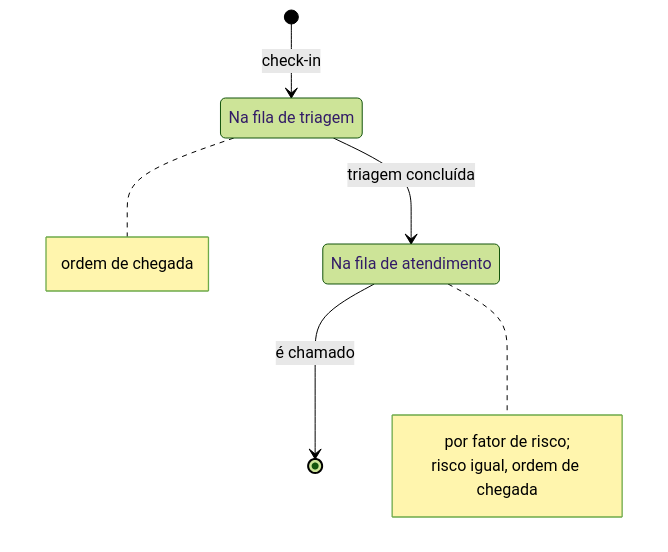
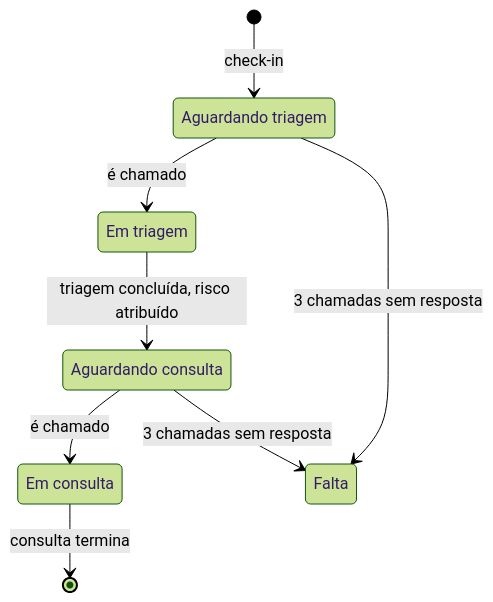
One commit to heitorcavss/pibic-saude changed the diagram in docs/modelagem/estados-do-paciente.md. Above: the diagram before and after it, drawn with Mermaid (forest theme). The commit also changed other lines of this file and 5 other files, not shown here.

````diff
--- a/docs/modelagem/estados-do-paciente.md
+++ b/docs/modelagem/estados-do-paciente.md
@@ -9,17 +10,16 @@
 ```mermaid
 stateDiagram-v2
-    state "Na fila de triagem" as triagem
-    state "Na fila de atendimento" as atendimento
+    state "Aguardando triagem" as espera_triagem
+    state "Em triagem" as triagem
+    state "Aguardando consulta" as espera_consulta
+    state "Em consulta" as consulta
+    state "Falta" as falta
 
-    [*] --> triagem: check-in
-    triagem --> atendimento: triagem concluída
-    atendimento --> [*]: é chamado
-
-    note right of triagem
-        ordem de chegada
-    end note
-    note right of atendimento
-        por fator de risco;
-        risco igual, ordem de chegada
-    end note
+    [*] --> espera_triagem: check-in
+    espera_triagem --> triagem: é chamado
+    triagem --> espera_consulta: triagem concluída, risco atribuído
+    espera_consulta --> consulta: é chamado
+    consulta --> [*]: consulta termina
+    espera_triagem --> falta: 3 chamadas sem resposta
+    espera_consulta --> falta: 3 chamadas sem resposta
 ```
````
